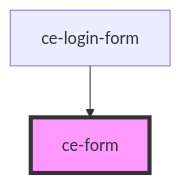
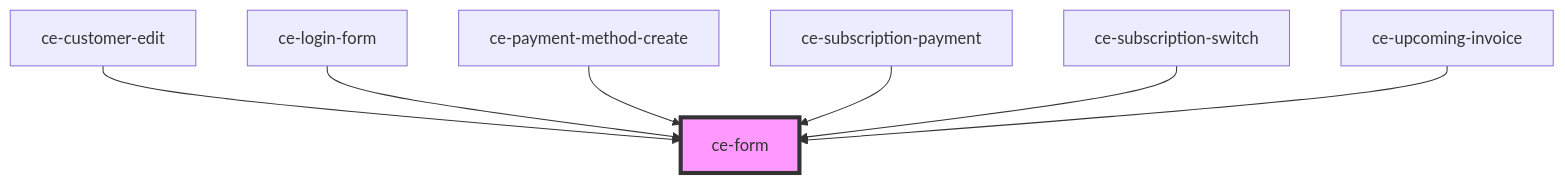
The diagram in packages/components/src/components/ui/form/readme.md (surecart/surecart-wp-plugin), drawn with Mermaid before and after one commit. The commit also changed other lines of this file and 118 other files, not shown here.

````diff
--- a/packages/components/src/components/ui/form/readme.md
+++ b/packages/components/src/components/ui/form/readme.md
@@ -70,5 +75,10 @@
 ```mermaid
 graph TD;
+  ce-customer-edit --> ce-form
   ce-login-form --> ce-form
+  ce-payment-method-create --> ce-form
+  ce-subscription-payment --> ce-form
+  ce-subscription-switch --> ce-form
+  ce-upcoming-invoice --> ce-form
   style ce-form fill:#f9f,stroke:#333,stroke-width:4px
 ```
````
